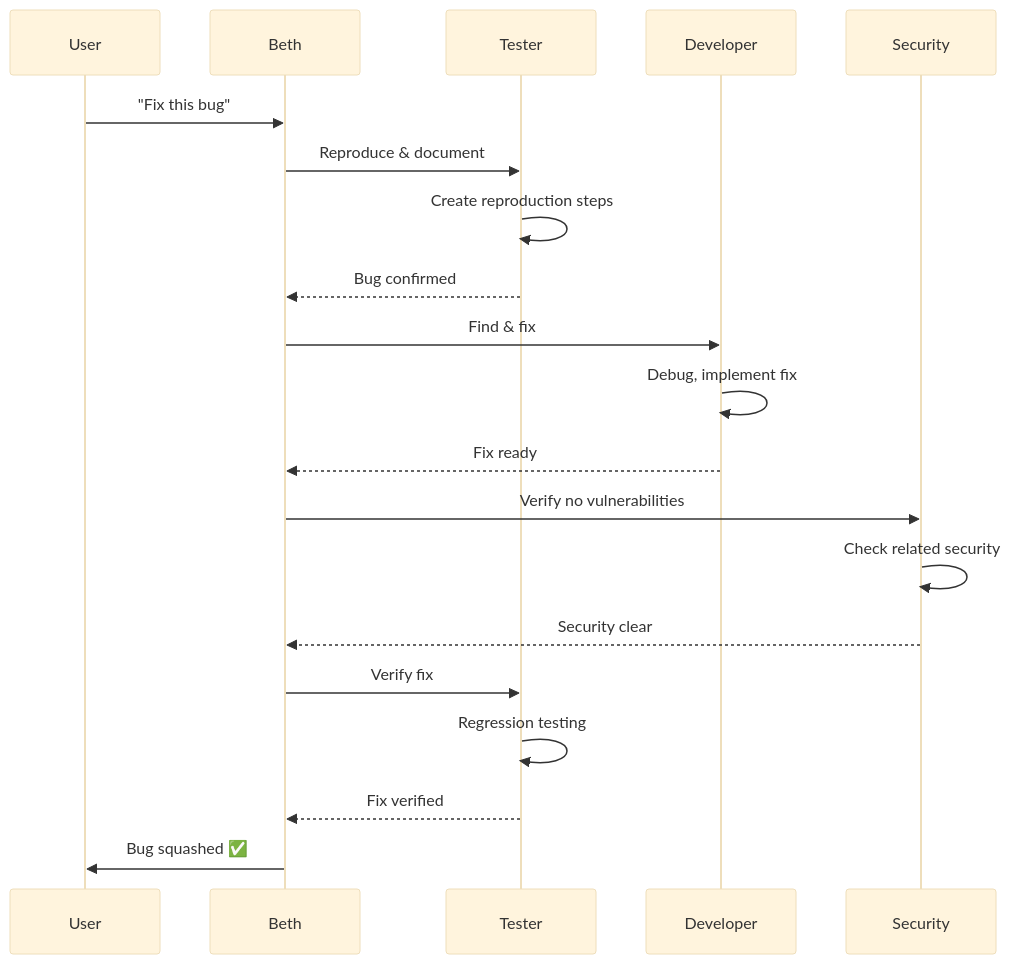
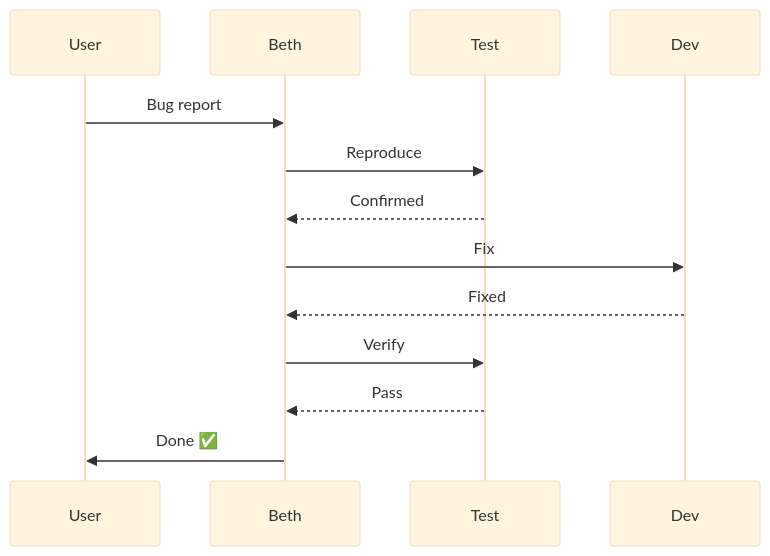
The fourth of 9 diagrams in docs/SYSTEM-FLOW.md (shyamsridhar123/ATV-AgentSkillsDemo), drawn with Mermaid (base theme) before and after one commit. The commit also changed other lines of this file and 2 other files, not shown here.

Commit message:
beth-7bo: Simplify all architecture mermaid diagrams in README.md and SYSTEM-FLOW.md

````diff
--- a/docs/SYSTEM-FLOW.md
+++ b/docs/SYSTEM-FLOW.md
@@ -162,28 +64,16 @@
 ```mermaid
 sequenceDiagram
     participant U as User
     participant B as Beth
-    participant T as Tester
-    participant D as Developer
-    participant S as Security
+    participant T as Test
+    participant D as Dev
 
-    U->>B: "Fix this bug"
-    
-    B->>T: Reproduce & document
-    T->>T: Create reproduction steps
-    T-->>B: Bug confirmed
-    
-    B->>D: Find & fix
-    D->>D: Debug, implement fix
-    D-->>B: Fix ready
-    
-    B->>S: Verify no vulnerabilities
-    S->>S: Check related security
-    S-->>B: Security clear
-    
-    B->>T: Verify fix
-    T->>T: Regression testing
-    T-->>B: Fix verified
-    
-    B->>U: Bug squashed ✅
+    U->>B: Bug report
+    B->>T: Reproduce
+    T-->>B: Confirmed
+    B->>D: Fix
+    D-->>B: Fixed
+    B->>T: Verify
+    T-->>B: Pass
+    B->>U: Done ✅
 ```
````
